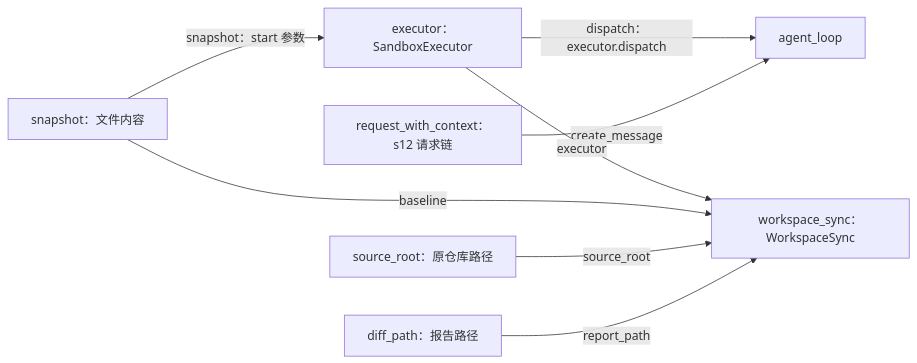
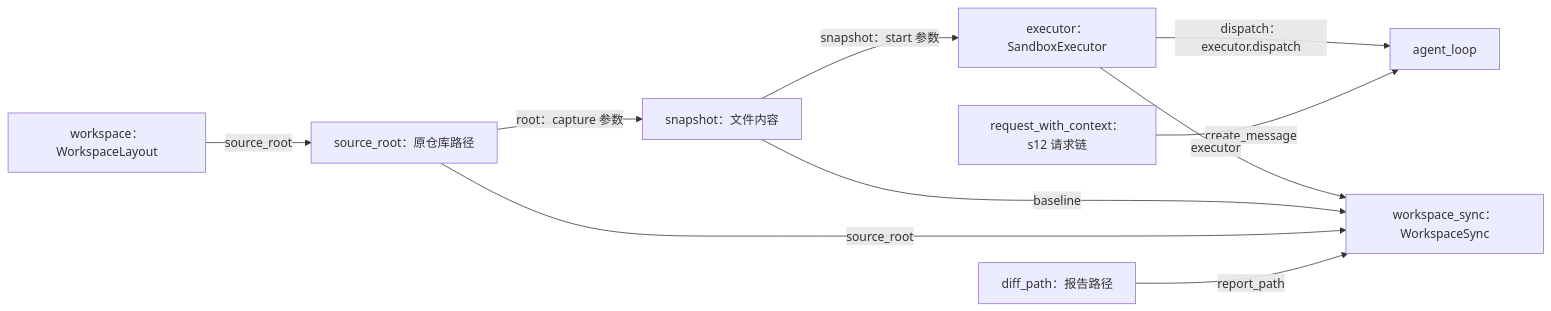
The second of 2 diagrams in s13_a_sandbox_copy/README.md (liuying151203-create/pi-code-agent), drawn with Mermaid before and after one commit. The commit also changed other lines of this file, not shown here.

````diff
--- a/s13_a_sandbox_copy/README.md
+++ b/s13_a_sandbox_copy/README.md
@@ -126,10 +129,12 @@
 ```mermaid
 flowchart LR
+    U["workspace：WorkspaceLayout"] -->|source_root| P["source_root：原仓库路径"]
+    P -->|root：capture 参数| S["snapshot：文件内容"]
     S["snapshot：文件内容"] -->|snapshot：start 参数| X["executor：SandboxExecutor"]
     X -->|dispatch：executor.dispatch| L["agent_loop"]
     R["request_with_context：s12 请求链"] -->|create_message| L
     X -->|executor| W["workspace_sync：WorkspaceSync"]
     S -->|baseline| W
-    P["source_root：原仓库路径"] -->|source_root| W
+    P -->|source_root| W
     F["diff_path：报告路径"] -->|report_path| W
 ```
````
